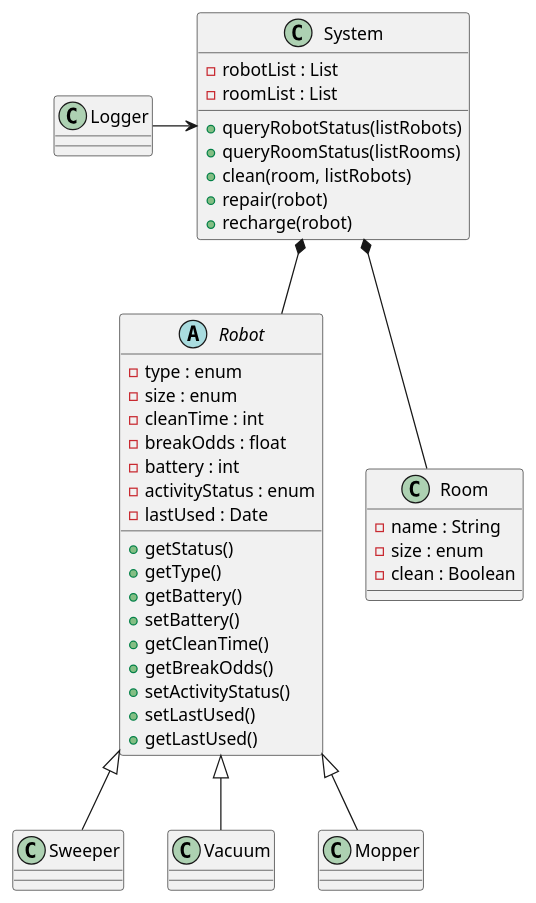
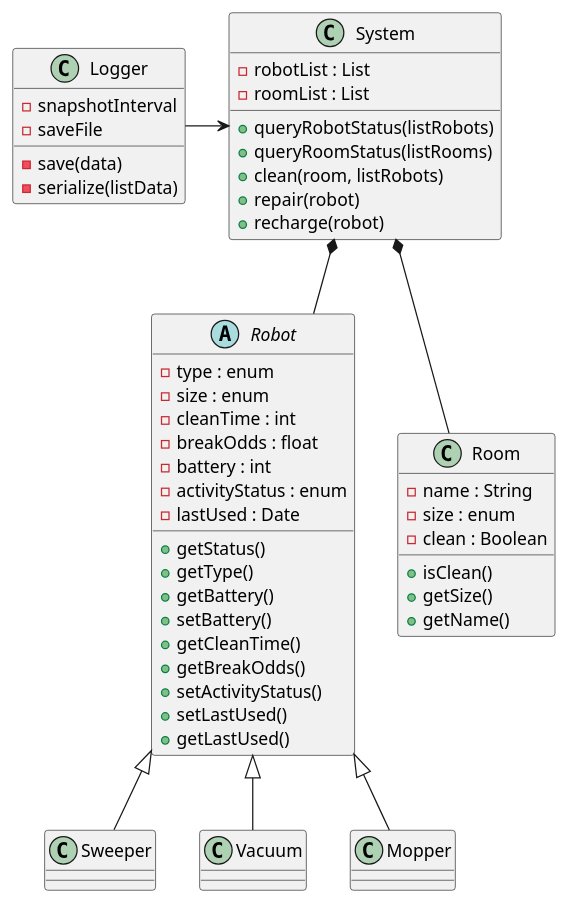
Before and after one commit to arisk02/robot-fleet-management-system: the diagram in docs/design/class_diagram/class_diagram.puml, drawn with PlantUML.

Commit message:
Finished Room and made logger

```diff
--- a/docs/design/class_diagram/class_diagram.puml
+++ b/docs/design/class_diagram/class_diagram.puml
@@ -1,46 +1,53 @@
 @startuml
 Class System{
     -robotList : List
     -roomList : List
     +queryRobotStatus(listRobots)
     +queryRoomStatus(listRooms)
     +clean(room, listRobots)
     +repair(robot)
     +recharge(robot)
 }
 Abstract class Robot{
     -type : enum
     -size : enum
     -cleanTime : int
     -breakOdds : float
     -battery : int
     -activityStatus : enum
     -lastUsed : Date
     +getStatus()
     +getType()
     +getBattery()
     +setBattery()
     +getCleanTime()
     +getBreakOdds()
     +setActivityStatus()
     +setLastUsed()
     +getLastUsed()
 }
 class Sweeper
 class Vacuum
 class Mopper
 class Room{
     -name : String
     -size : enum
     -clean : Boolean
-    
+    +isClean()
+    +getSize()
+    +getName()
 }
-class Logger
+class Logger{
+    -snapshotInterval
+    -saveFile
+    -save(data)
+    -serialize(listData)
+}
 System *-- Robot
 Robot <|-- Sweeper
 Robot <|-- Vacuum
 Robot <|-- Mopper
 System *-- Room
 Logger -> System
 
 @enduml
```
